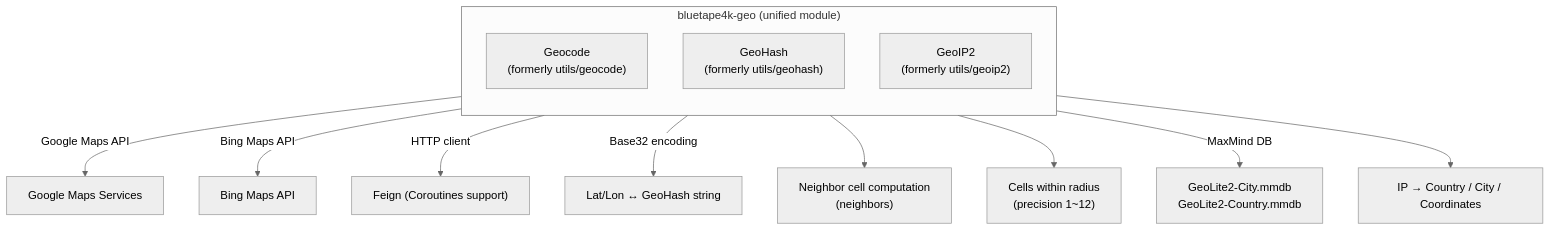
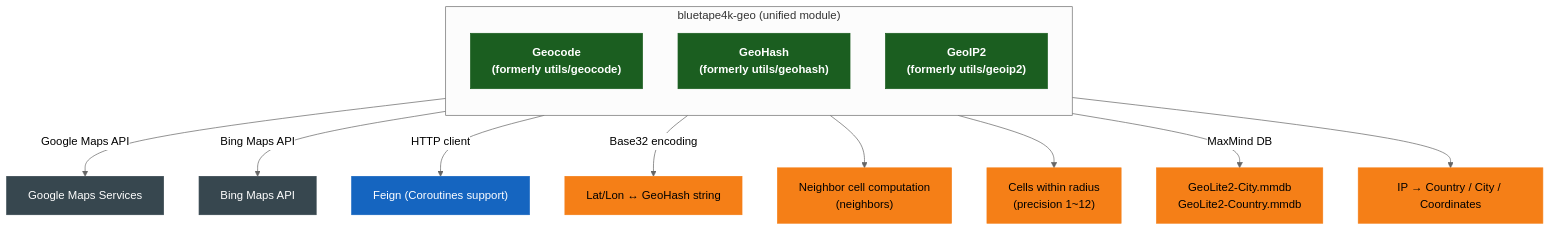
Before and after one commit to bluetape4k/bluetape4k-projects: the first of 3 diagrams in utils/geo/README.md, drawn with Mermaid (neutral theme). The commit also changed other lines of this file and 221 other files, not shown here.

First line of the commit message:
docs: 전체 모듈 README UML 다이어그램 보강 및 색상 업그레이드

````diff
--- a/utils/geo/README.md
+++ b/utils/geo/README.md
@@ -14,20 +14,33 @@
 ```mermaid
 flowchart TD
     subgraph bluetape4k-geo["bluetape4k-geo (unified module)"]
         direction TB
         GC["Geocode<br/>(formerly utils/geocode)"]
         GH["GeoHash<br/>(formerly utils/geohash)"]
         GI["GeoIP2<br/>(formerly utils/geoip2)"]
     end
 
     GC -->|"Google Maps API"| GOOGLE["Google Maps Services"]
     GC -->|"Bing Maps API"| BING["Bing Maps API"]
     GC -->|"HTTP client"| FEIGN["Feign (Coroutines support)"]
 
     GH -->|"Base32 encoding"| COORD["Lat/Lon ↔ GeoHash string"]
     GH --> NEIGHBOR["Neighbor cell computation<br/>(neighbors)"]
     GH --> RADIUS["Cells within radius<br/>(precision 1~12)"]
 
     GI -->|"MaxMind DB"| MMDB["GeoLite2-City.mmdb<br/>GeoLite2-Country.mmdb"]
     GI --> IPINFO["IP → Country / City / Coordinates"]
+
+    classDef coreStyle fill:#1B5E20,stroke:#1B5E20,color:#FFFFFF,font-weight:bold
+    classDef serviceStyle fill:#1565C0,stroke:#1565C0,color:#FFFFFF
+    classDef utilStyle fill:#E65100,stroke:#E65100,color:#FFFFFF
+    classDef asyncStyle fill:#6A1B9A,stroke:#6A1B9A,color:#FFFFFF
+    classDef extStyle fill:#37474F,stroke:#37474F,color:#FFFFFF
+    classDef dataStyle fill:#F57F17,stroke:#F57F17,color:#000000
+    classDef dslStyle fill:#00838F,stroke:#006064,color:#FFFFFF
+
+    class GC,GH,GI coreStyle
+    class GOOGLE,BING extStyle
+    class FEIGN serviceStyle
+    class COORD,NEIGHBOR,RADIUS,MMDB,IPINFO dataStyle
 ```
````
